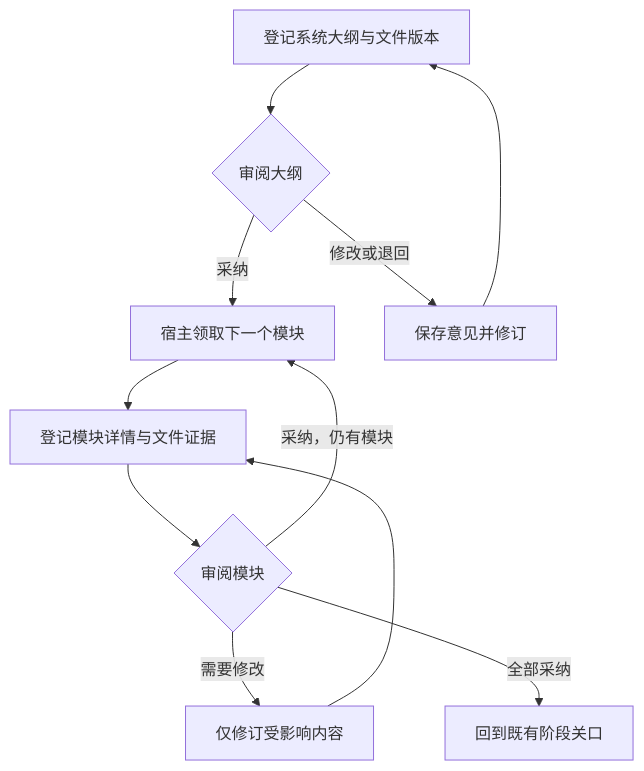
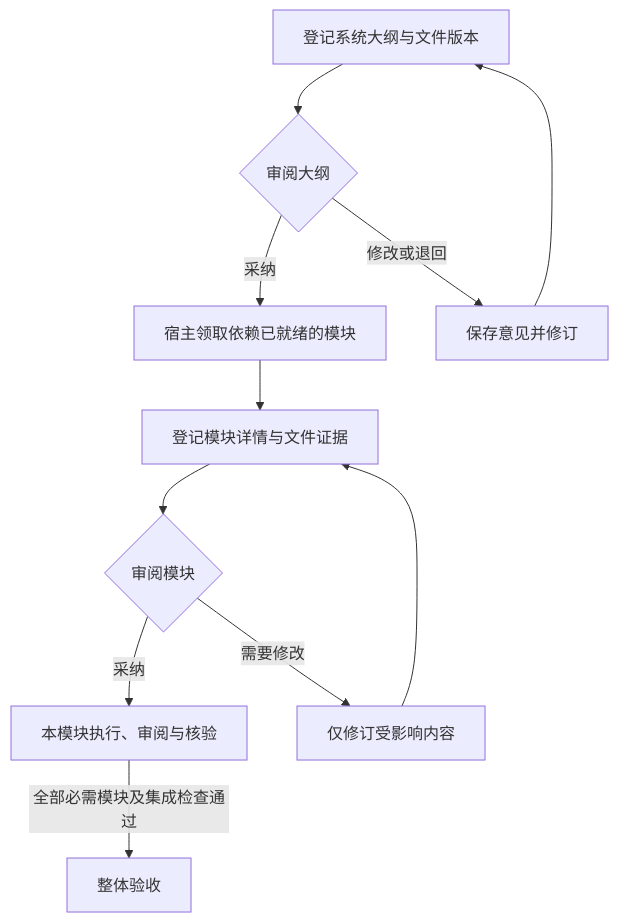
Before and after one commit to KimYx0207/Meta_Kim: the diagram in docs/live-workspace.md, drawn with Mermaid. The commit also changed other lines of this file and 56 other files, not shown here.

````diff
--- a/docs/live-workspace.md
+++ b/docs/live-workspace.md
@@ -22,13 +22,13 @@
 ```mermaid
 flowchart TD
   O["登记系统大纲与文件版本"] --> H{"审阅大纲"}
-  H -->|"采纳"| M["宿主领取下一个模块"]
+  H -->|"采纳"| M["宿主领取依赖已就绪的模块"]
   H -->|"修改或退回"| F["保存意见并修订"]
   F --> O
   M --> D["登记模块详情与文件证据"]
   D --> R{"审阅模块"}
-  R -->|"采纳，仍有模块"| M
+  R -->|"采纳"| E["本模块执行、审阅与核验"]
   R -->|"需要修改"| C["仅修订受影响内容"]
   C --> D
-  R -->|"全部采纳"| G["回到既有阶段关口"]
+  E -->|"全部必需模块及集成检查通过"| G["整体验收"]
 ```
````
